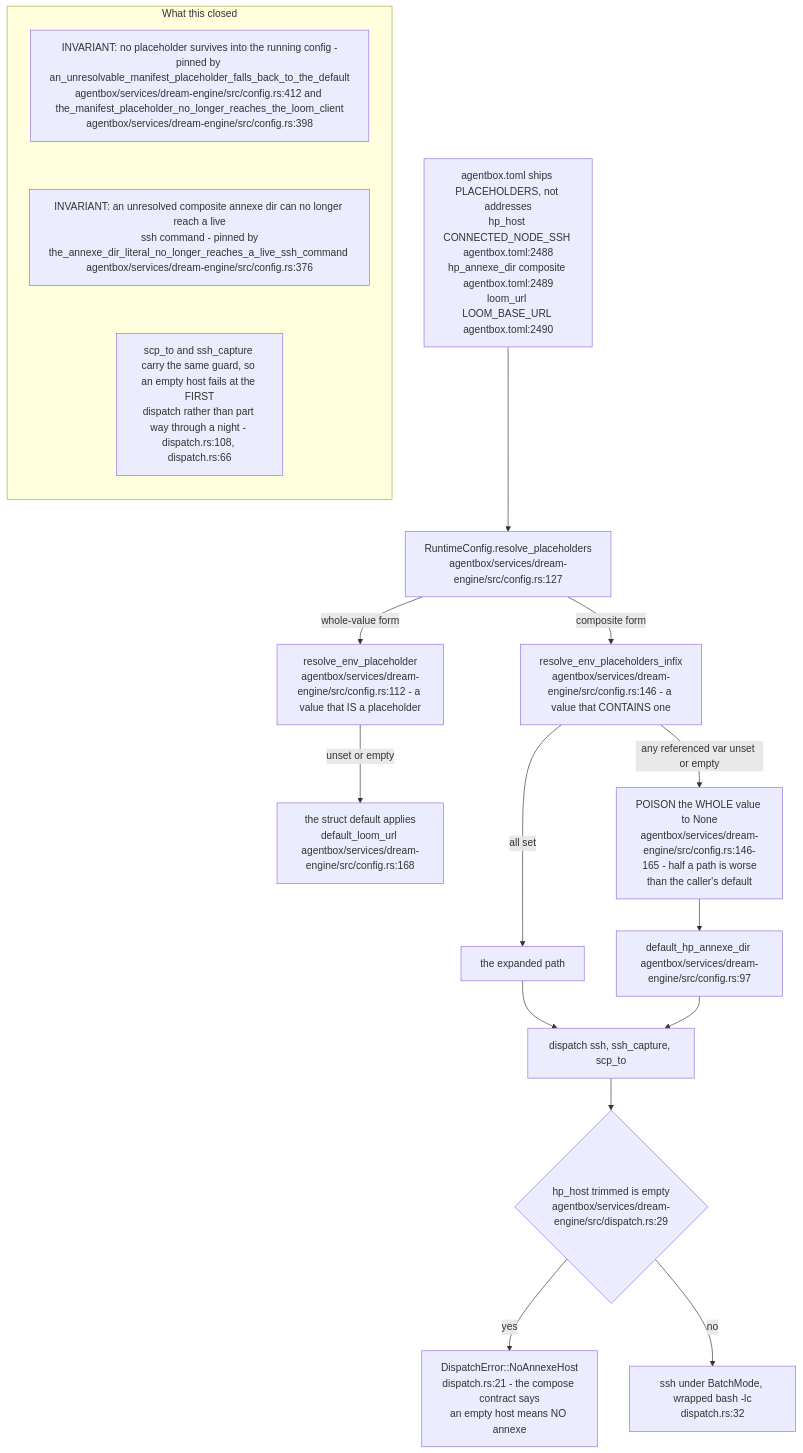
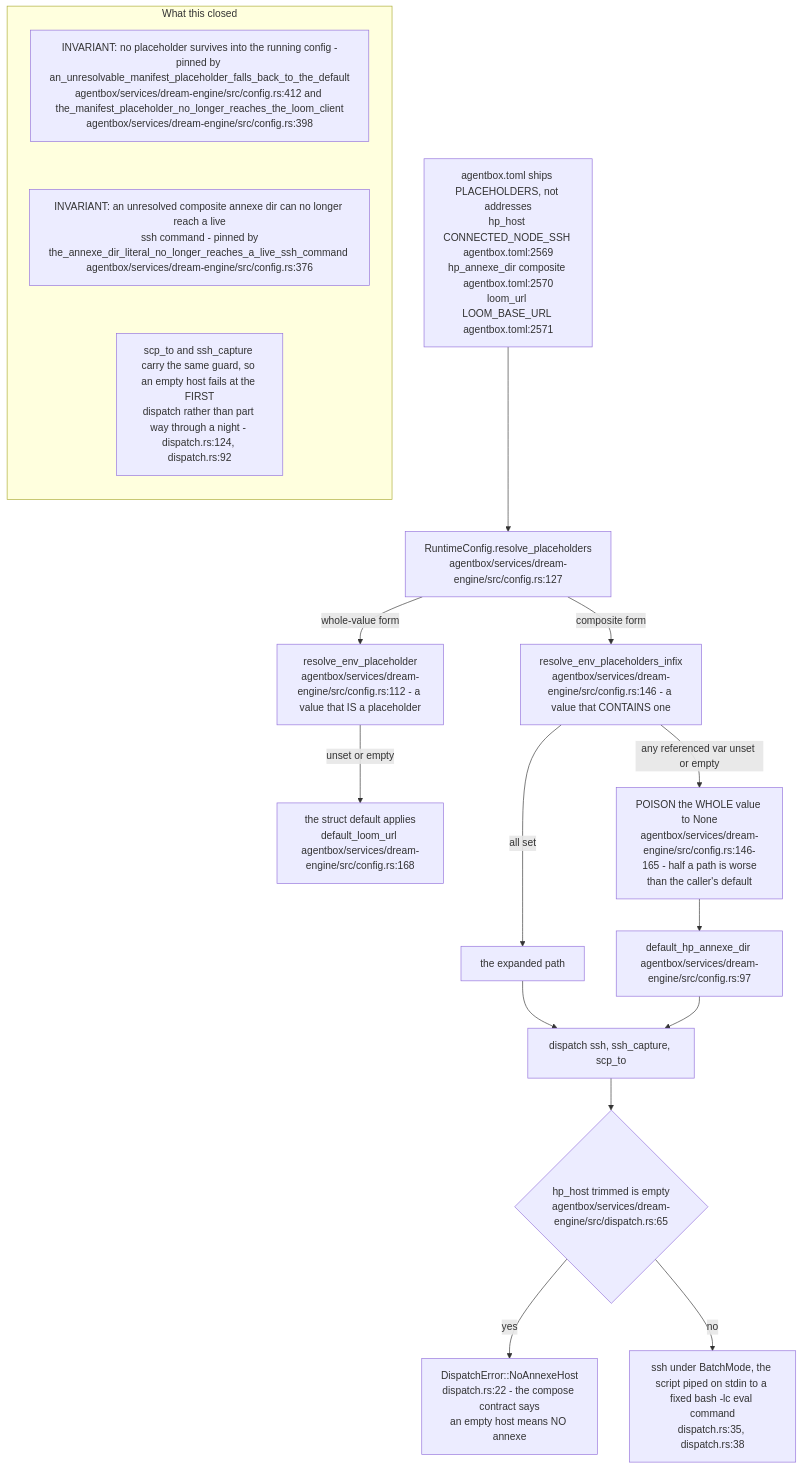
Diagram 16 of 22 in docs/diagrams/agentbox/23-dream-engine.md (DreamLab-AI/VisionFlow), drawn with Mermaid before and after one commit. The commit also changed other lines of this file and 160 other files, not shown here.

````diff
--- a/docs/diagrams/agentbox/23-dream-engine.md
+++ b/docs/diagrams/agentbox/23-dream-engine.md
@@ -814,23 +833,23 @@
 ```mermaid
 flowchart TB
-    TOML["agentbox.toml ships PLACEHOLDERS, not addresses<br/>hp_host CONNECTED_NODE_SSH agentbox.toml:2488<br/>hp_annexe_dir composite agentbox.toml:2489<br/>loom_url LOOM_BASE_URL agentbox.toml:2490"]
+    TOML["agentbox.toml ships PLACEHOLDERS, not addresses<br/>hp_host CONNECTED_NODE_SSH agentbox.toml:2569<br/>hp_annexe_dir composite agentbox.toml:2570<br/>loom_url LOOM_BASE_URL agentbox.toml:2571"]
     TOML --> RP["RuntimeConfig.resolve_placeholders<br/>agentbox/services/dream-engine/src/config.rs:127"]
     RP -->|"whole-value form"| W["resolve_env_placeholder<br/>agentbox/services/dream-engine/src/config.rs:112 - a value that IS a placeholder"]
     RP -->|"composite form"| I["resolve_env_placeholders_infix<br/>agentbox/services/dream-engine/src/config.rs:146 - a value that CONTAINS one"]
     W -->|"unset or empty"| D1["the struct default applies<br/>default_loom_url agentbox/services/dream-engine/src/config.rs:168"]
     I -->|"any referenced var unset or empty"| D2["POISON the WHOLE value to None<br/>agentbox/services/dream-engine/src/config.rs:146-165 - half a path is worse<br/>than the caller's default"]
     D2 --> D3["default_hp_annexe_dir agentbox/services/dream-engine/src/config.rs:97"]
     I -->|"all set"| OK["the expanded path"]
     OK --> DISP["dispatch ssh, ssh_capture, scp_to"]
     D3 --> DISP
-    DISP --> GUARD{"hp_host trimmed is empty<br/>agentbox/services/dream-engine/src/dispatch.rs:29"}
-    GUARD -->|"yes"| NAH["DispatchError::NoAnnexeHost<br/>dispatch.rs:21 - the compose contract says<br/>an empty host means NO annexe"]
-    GUARD -->|"no"| SSH["ssh under BatchMode, wrapped bash -lc<br/>dispatch.rs:32"]
+    DISP --> GUARD{"hp_host trimmed is empty<br/>agentbox/services/dream-engine/src/dispatch.rs:65"}
+    GUARD -->|"yes"| NAH["DispatchError::NoAnnexeHost<br/>dispatch.rs:22 - the compose contract says<br/>an empty host means NO annexe"]
+    GUARD -->|"no"| SSH["ssh under BatchMode, the script piped on stdin to a fixed bash -lc eval command<br/>dispatch.rs:35, dispatch.rs:38"]
     subgraph notes["What this closed"]
         direction TB
         N1["INVARIANT: no placeholder survives into the running config -<br/>pinned by an_unresolvable_manifest_placeholder_falls_back_to_the_default<br/>agentbox/services/dream-engine/src/config.rs:412 and the_manifest_placeholder_no_longer_reaches_the_loom_client<br/>agentbox/services/dream-engine/src/config.rs:398"]
         N2["INVARIANT: an unresolved composite annexe dir can no longer reach a live<br/>ssh command - pinned by<br/>the_annexe_dir_literal_no_longer_reaches_a_live_ssh_command agentbox/services/dream-engine/src/config.rs:376"]
-        N3["scp_to and ssh_capture carry the same guard, so an empty host fails at the FIRST<br/>dispatch rather than part way through a night - dispatch.rs:108, dispatch.rs:66"]
+        N3["scp_to and ssh_capture carry the same guard, so an empty host fails at the FIRST<br/>dispatch rather than part way through a night - dispatch.rs:124, dispatch.rs:92"]
         N1 ~~~ N2 ~~~ N3
     end
 ```
````
